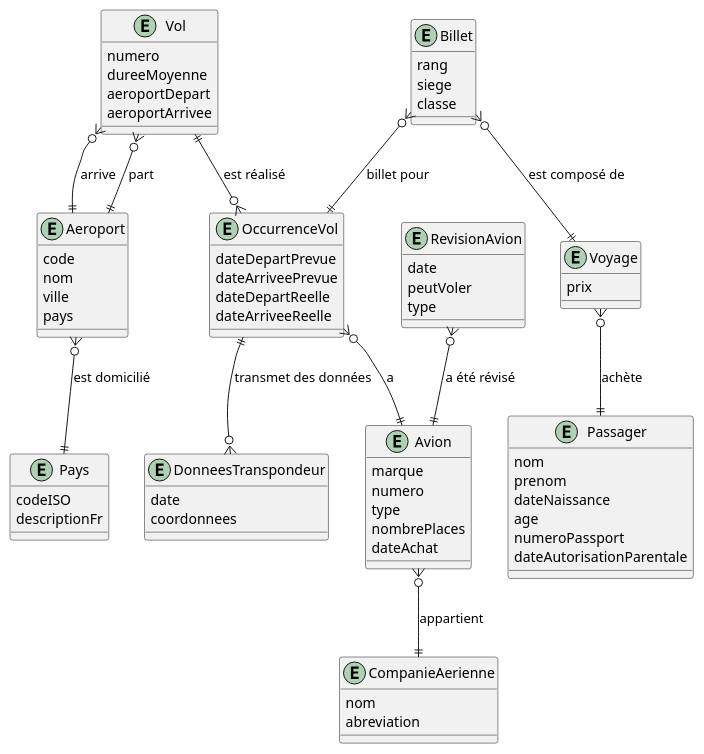
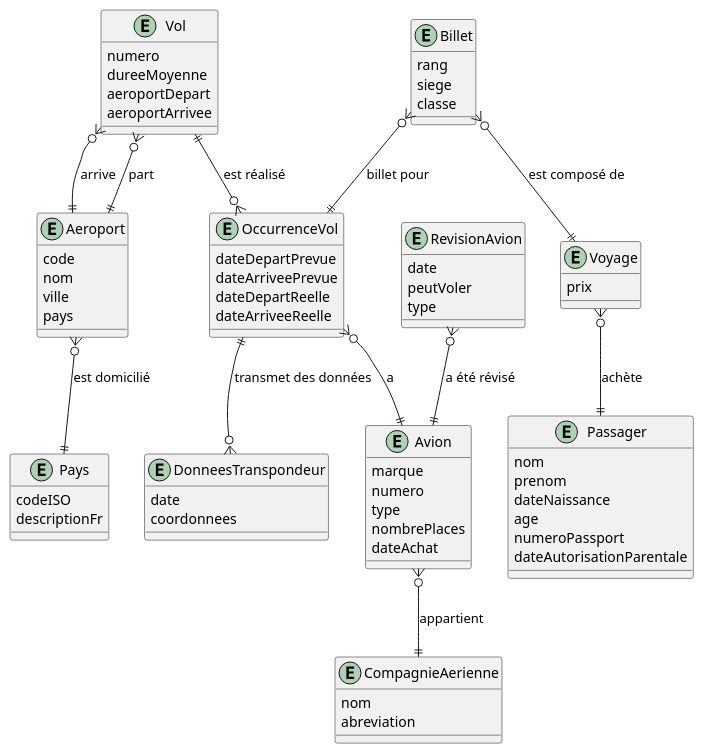
One commit to rparadiscsfoy/420-W34-SF-TP01 changed the diagram in ERD/airline_reservation.wsd. Above: the diagram before and after it, drawn with PlantUML. The commit also changed 1 other file, not shown here.

```diff
--- a/ERD/airline_reservation.wsd
+++ b/ERD/airline_reservation.wsd
@@ -1,95 +1,95 @@
 @startuml erd_airline_reservation_logique
 
 entity Pays {
     codeISO
     descriptionFr
 }
 
 entity Aeroport {
     code
     nom
     ville
     pays
 }
 
 entity OccurrenceVol {
     dateDepartPrevue
     dateArriveePrevue
     dateDepartReelle
     dateArriveeReelle
 }
 
 entity Vol {
     numero
     dureeMoyenne
     aeroportDepart
     aeroportArrivee
 }
 
 entity DonneesTranspondeur {
     date
     coordonnees
 }
 
 entity Avion {
     marque
     numero
     type
     nombrePlaces
     dateAchat
 }
 
 entity RevisionAvion {
     date
     peutVoler
     type 
     ' https://fr.wikipedia.org/wiki/Visites_de_maintenance_des_avions
     ' A : / mois ou 500h de vol
     ' C : 
 }
 
-entity CompanieAerienne {
+entity CompagnieAerienne {
     nom
     abreviation
 }
 
 entity Voyage {
     prix
 }
 
 entity Billet {
     rang
     siege
     classe
 }
 
 entity Passager {
     nom
     prenom
     dateNaissance
     age
     numeroPassport
     dateAutorisationParentale
 }
 
 Vol }o--|| Aeroport: arrive
 Vol }o--|| Aeroport: part
 'Vol }o--|| Avion: a
 Vol ||--o{ OccurrenceVol: est réalisé
 
-Avion }o--|| CompanieAerienne: appartient
+Avion }o--|| CompagnieAerienne: appartient
 
 Billet }o--|| Voyage: est composé de
 Billet }o--|| OccurrenceVol: billet pour
 
 Voyage }o--|| Passager: achète
 
 Aeroport }o--|| Pays: est domicilié
 
 OccurrenceVol ||--o{ DonneesTranspondeur: transmet des données
 OccurrenceVol }o--|| Avion: a
 
 
 RevisionAvion }o--|| Avion: a été révisé
 
 @enduml
```
